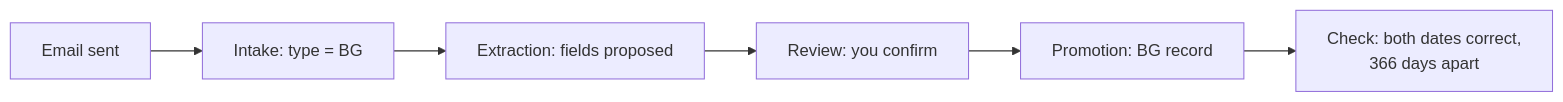
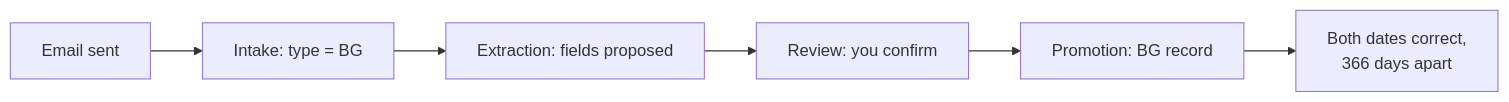
Before and after one commit to Adya6714/EquiContracts: the fifth of 5 diagrams in docs/plans/START_HERE.md, drawn with Mermaid. The commit also changed other lines of this file and 42 other files, not shown here.

````diff
--- a/docs/plans/START_HERE.md
+++ b/docs/plans/START_HERE.md
@@ -303,8 +285,8 @@
 ```mermaid
 flowchart LR
     A["Email sent"] --> B["Intake: type = BG"]
     B --> C["Extraction: fields proposed"]
     C --> D["Review: you confirm"]
     D --> E["Promotion: BG record"]
-    E --> F["Check: both dates correct,<br/>366 days apart"]
+    E --> F["Both dates correct,<br/>366 days apart"]
 ```
````
